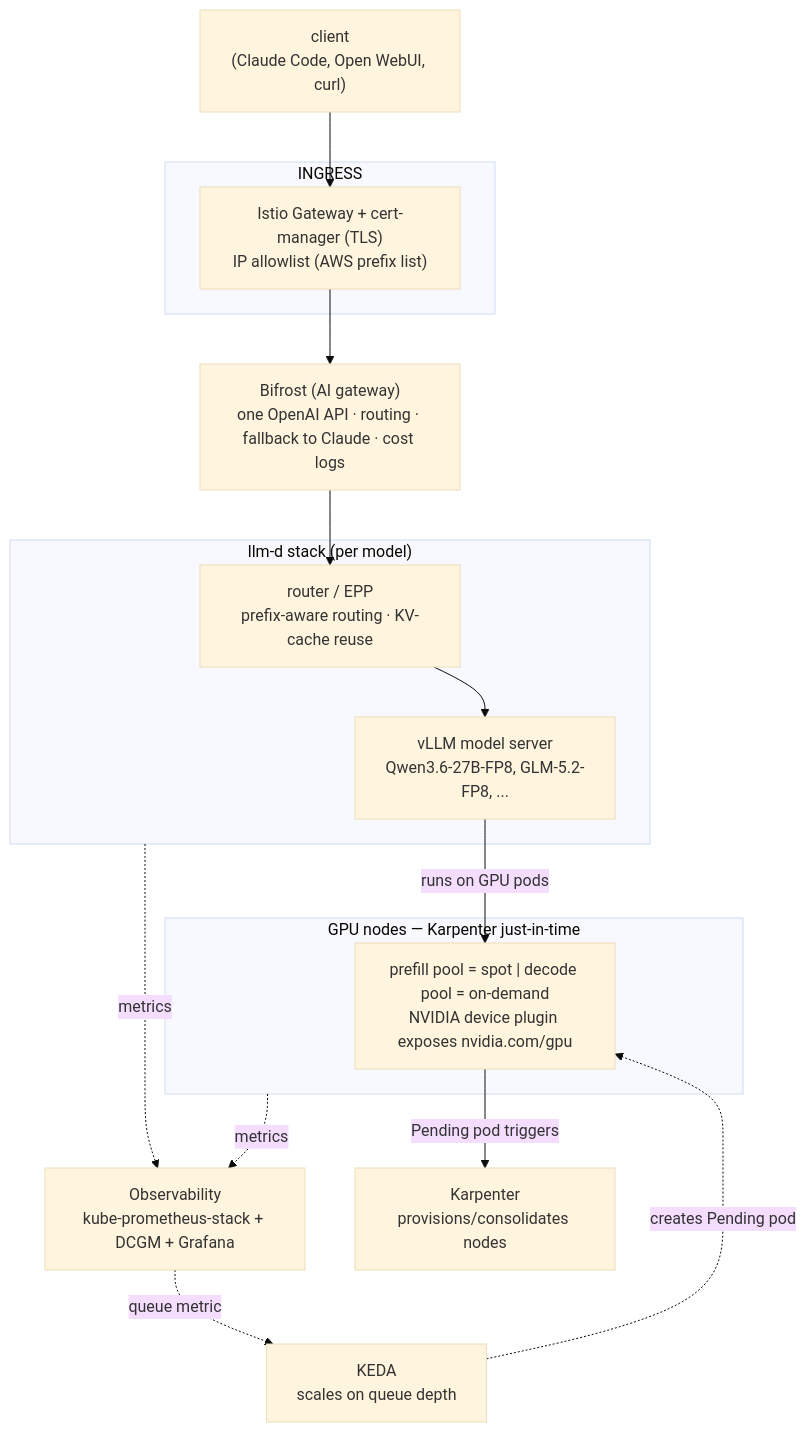
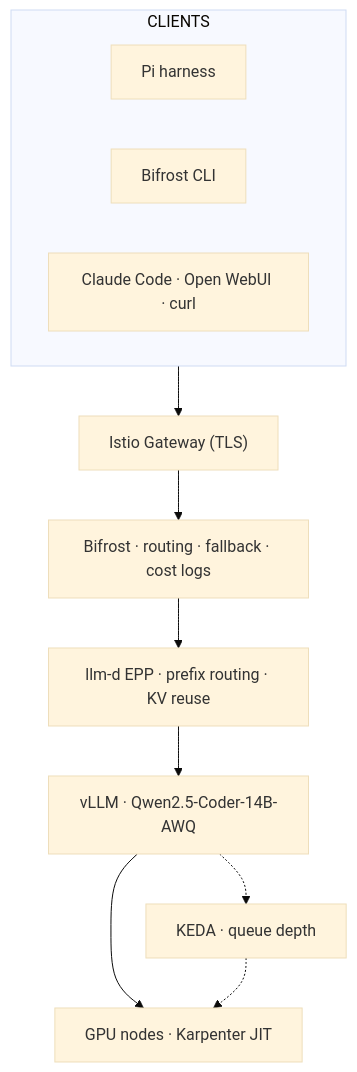
The diagram in README.md (atharvamhaske/llm-ineference), drawn with Mermaid (base theme) before and after one commit. The commit also changed other lines of this file and 3 other files, not shown here.

First line of the commit message:
Add architecture diagrams and Pi/Bifrost CLI consumption lab.

````diff
--- a/README.md
+++ b/README.md
@@ -19,31 +22,19 @@
 ```mermaid
 flowchart TB
-    client["client<br/>(Claude Code, Open WebUI, curl)"]
-
-    subgraph ingress["INGRESS"]
-        gw["Istio Gateway + cert-manager (TLS)<br/>IP allowlist (AWS prefix list)"]
+    subgraph clients["CLIENTS"]
+        pi["Pi harness"]
+        bfcli["Bifrost CLI"]
+        apps["Claude Code · Open WebUI · curl"]
     end
 
-    bifrost["Bifrost (AI gateway)<br/>one OpenAI API · routing · fallback to Claude · cost logs"]
+    gw["Istio Gateway (TLS)"]
+    bifrost["Bifrost · routing · fallback · cost logs"]
+    epp["llm-d EPP · prefix routing · KV reuse"]
+    vllm["vLLM · Qwen2.5-Coder-14B-AWQ"]
+    gpu["GPU nodes · Karpenter JIT"]
+    keda["KEDA · queue depth"]
 
-    subgraph llmd["llm-d stack (per model)"]
-        epp["router / EPP<br/>prefix-aware routing · KV-cache reuse"]
-        vllm["vLLM model server<br/>Qwen3.6-27B-FP8, GLM-5.2-FP8, ..."]
-        epp --> vllm
-    end
-
-    subgraph gpunodes["GPU nodes — Karpenter just-in-time"]
-        pools["prefill pool = spot | decode pool = on-demand<br/>NVIDIA device plugin exposes nvidia.com/gpu"]
-    end
-
-    obs["Observability<br/>kube-prometheus-stack + DCGM + Grafana"]
-
-    client --> gw --> bifrost --> epp
-    vllm -->|runs on GPU pods| pools
-    llmd -.metrics.-> obs
-    gpunodes -.metrics.-> obs
-
-    keda["KEDA<br/>scales on queue depth"] -.->|creates Pending pod| pools
-    obs -.queue metric.-> keda
-    pools -->|Pending pod triggers| karp["Karpenter<br/>provisions/consolidates nodes"]
+    clients --> gw --> bifrost --> epp --> vllm --> gpu
+    vllm -.-> keda
+    keda -.-> gpu
 ```
````
